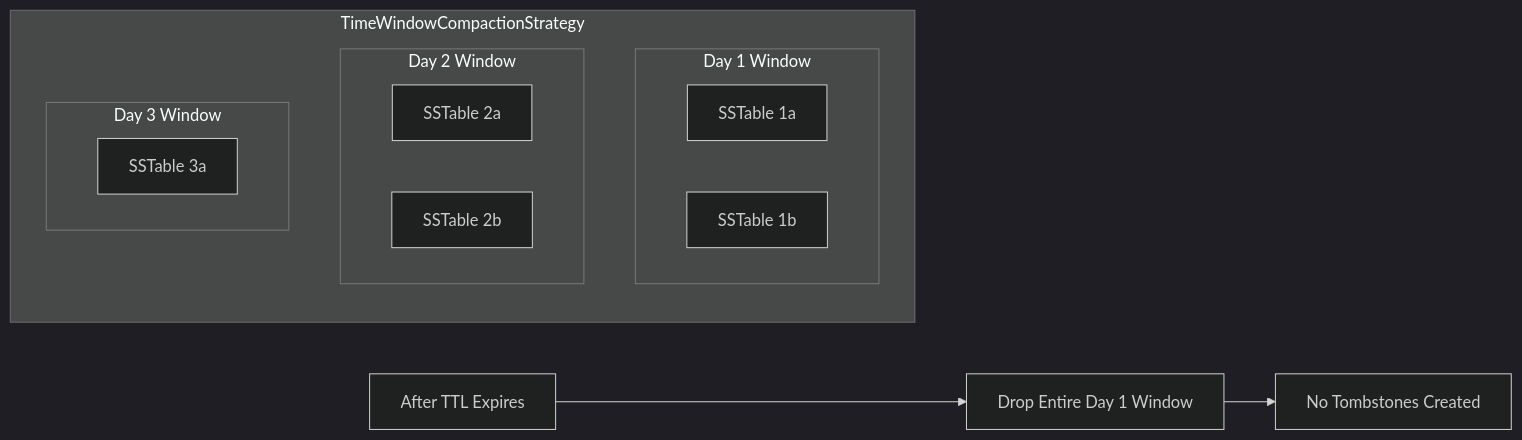
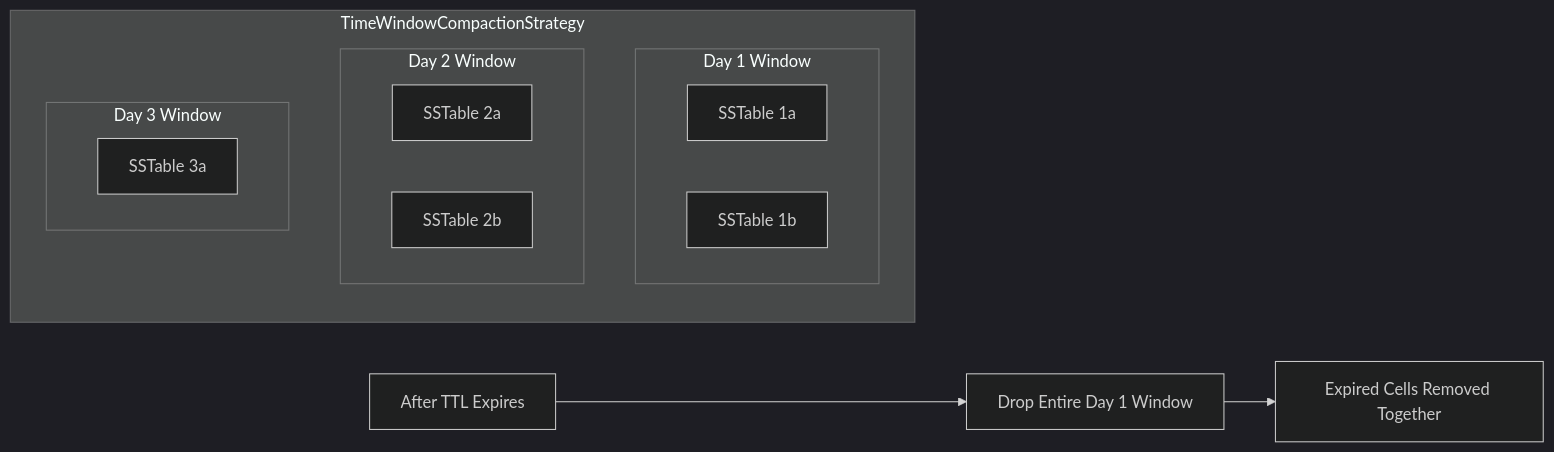
Before and after one commit to OneUptime/blog: the fourth of 4 diagrams in posts/2026-01-26-cassandra-tombstones/README.md, drawn with Mermaid (dark theme). The commit also changed other lines of this file and 2 other files, not shown here.

Commit message:
validate: 2026-01-26-cassandra-tombstones

````diff
--- a/posts/2026-01-26-cassandra-tombstones/README.md
+++ b/posts/2026-01-26-cassandra-tombstones/README.md
@@ -476,19 +488,19 @@
 ```mermaid
 flowchart LR
     subgraph "TimeWindowCompactionStrategy"
         subgraph "Day 1 Window"
             A1[SSTable 1a]
             A2[SSTable 1b]
         end
         subgraph "Day 2 Window"
             B1[SSTable 2a]
             B2[SSTable 2b]
         end
         subgraph "Day 3 Window"
             C1[SSTable 3a]
         end
     end
 
     D[After TTL Expires] --> E[Drop Entire Day 1 Window]
-    E --> F[No Tombstones Created]
+    E --> F[Expired Cells Removed Together]
 ```
````
